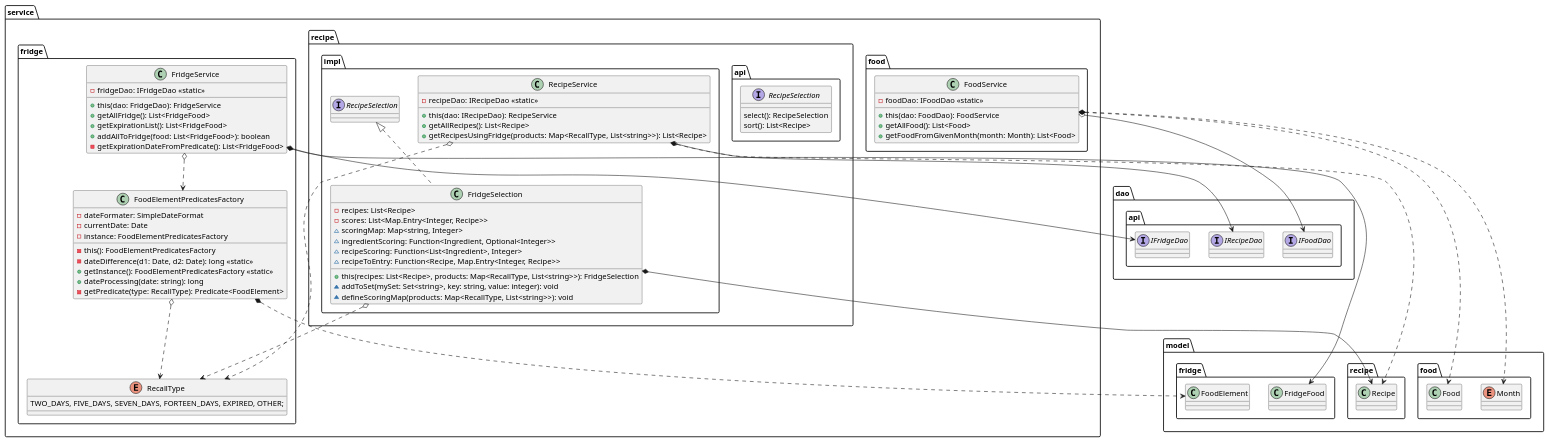
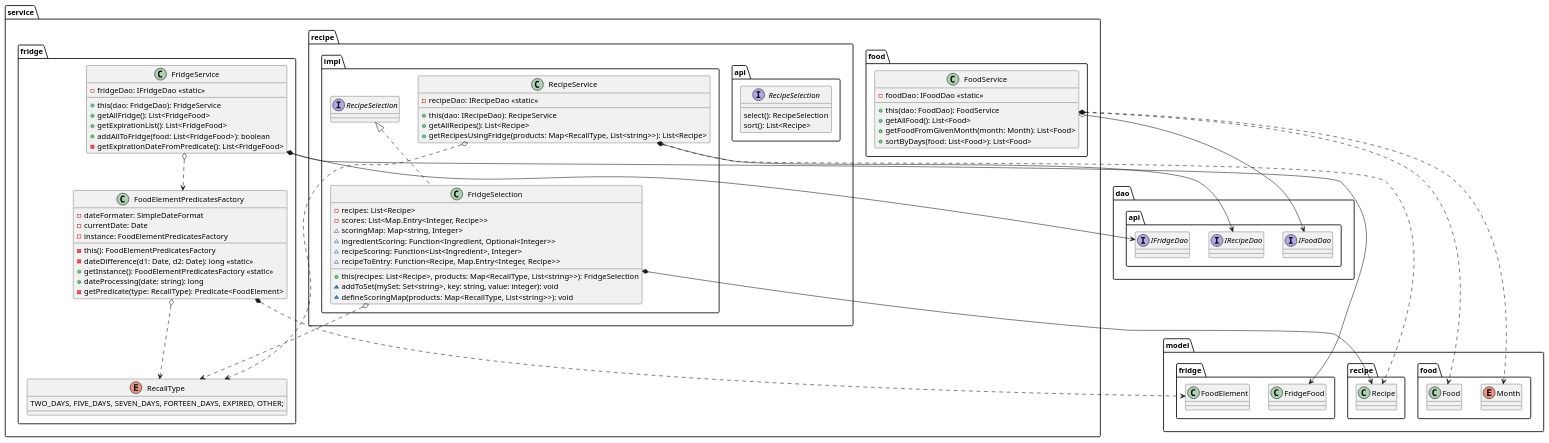
The diagram in docs/diagram/class/service.puml (romainvacheret/wadge-backend), drawn with PlantUML before and after one commit. The commit also changed 5 other files, not shown here.

Commit message:
docs: match code and class diagrams

```diff
--- a/docs/diagram/class/service.puml
+++ b/docs/diagram/class/service.puml
@@ -1,107 +1,108 @@
 @startuml service
 
 package dao.api {
     interface IFoodDao {}
     interface IFridgeDao {}
     interface IRecipeDao {}
 }
 
 package model.food {
     class Food {}
     enum Month {}
 }
 
 package model.fridge {
     class FridgeFood {}
     class FoodElement {}
 }
 
 package model.recipe {
     class Recipe {}
 }
 
 package service {
     package food {
         class FoodService {
             - foodDao: IFoodDao <<static>>
             + this(dao: FoodDao): FoodService
             + getAllFood(): List<Food>
             + getFoodFromGivenMonth(month: Month): List<Food>
+            + sortByDays(food: List<Food>): List<Food>
         }
     }
 
     package fridge {
         class FridgeService {
             - fridgeDao: IFridgeDao <<static>>
             + this(dao: FridgeDao): FridgeService
             + getAllFridge(): List<FridgeFood>
             + getExpirationList(): List<FridgeFood>
             + addAllToFridge(food: List<FridgeFood>): boolean
             - getExpirationDateFromPredicate(): List<FridgeFood>
         }
 
         class FoodElementPredicatesFactory {
             - dateFormater: SimpleDateFormat
             - currentDate: Date
             - instance: FoodElementPredicatesFactory
             - this(): FoodElementPredicatesFactory
             - dateDifference(d1: Date, d2: Date): long <<static>>
             + getInstance(): FoodElementPredicatesFactory <<static>>
             + dateProcessing(date: string): long
             - getPredicate(type: RecallType): Predicate<FoodElement>
         }
         
         enum RecallType {
             TWO_DAYS, FIVE_DAYS, SEVEN_DAYS, FORTEEN_DAYS, EXPIRED, OTHER;
         }
     }
 
     package recipe {
         package api {
             interface RecipeSelection {
                 select(): RecipeSelection
                 sort(): List<Recipe>
             }
         }
         package impl {
             class RecipeService {
                 - recipeDao: IRecipeDao <<static>>
                 + this(dao: IRecipeDao): RecipeService
                 + getAllRecipes(): List<Recipe>
                 + getRecipesUsingFridge(products: Map<RecallType, List<string>>): List<Recipe>
             }
 
             class FridgeSelection implements RecipeSelection {
                 - recipes: List<Recipe>
                 - scores: List<Map.Entry<Integer, Recipe>>
                 ~ scoringMap: Map<string, Integer>
                 ~ ingredientScoring: Function<Ingredient, Optional<Integer>>
                 ~ recipeScoring: Function<List<Ingredient>, Integer>
                 ~ recipeToEntry: Function<Recipe, Map.Entry<Integer, Recipe>>
                 + this(recipes: List<Recipe>, products: Map<RecallType, List<string>>): FridgeSelection
                 ~ addToSet(mySet: Set<string>, key: string, value: integer): void
                 ~ defineScoringMap(products: Map<RecallType, List<string>>): void
             }
         }
     }
 }
 
 FoodService o--> IFoodDao
 FoodService *..> Food
 FoodService *..> Month
 
 FridgeService o--> IFridgeDao
 FridgeService o..> FoodElementPredicatesFactory
 FridgeService *--> FridgeFood
 
 FoodElementPredicatesFactory *..> FoodElement
 FoodElementPredicatesFactory o..> RecallType
 
 RecipeService o--> IRecipeDao
 RecipeService *..> Recipe
 RecipeService o..> RecallType
 
 FridgeSelection *--> Recipe
 FridgeSelection o..> RecallType
 
 @enduml
```
